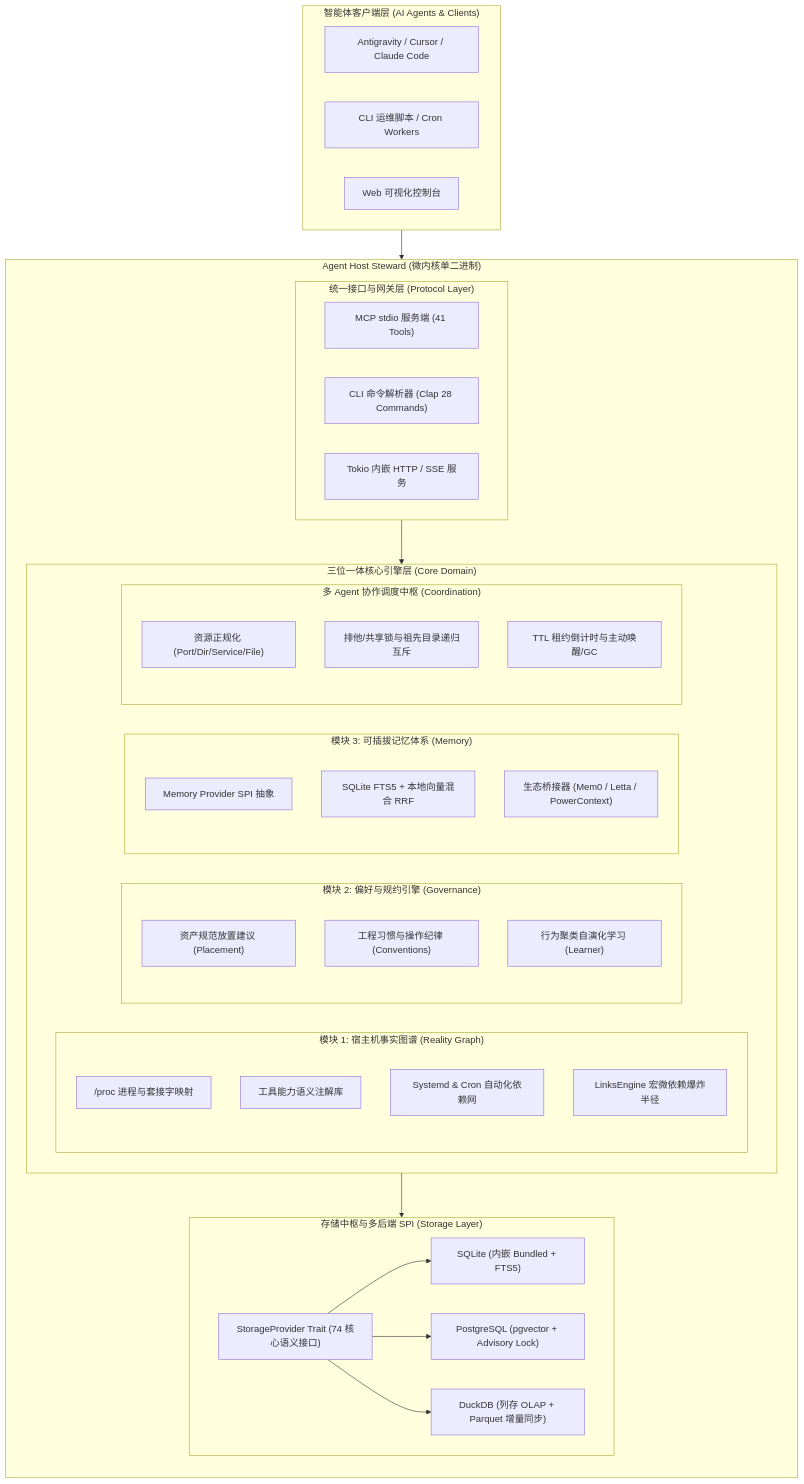
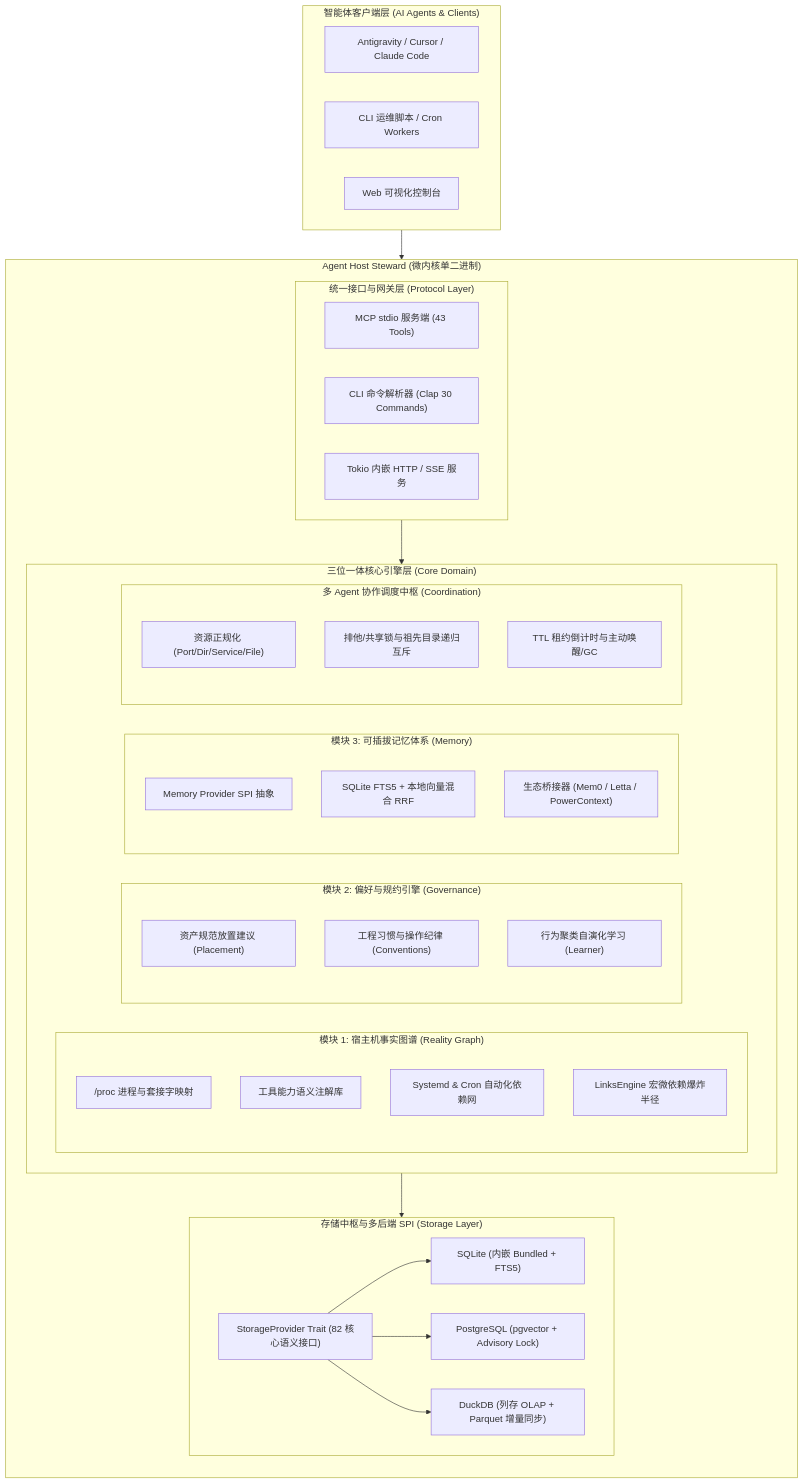
One commit to digoal/agent-body changed the first of 4 diagrams in arch/01-for-architects.md. Above: the diagram before and after it, drawn with Mermaid. The commit also changed other lines of this file and 82 other files, not shown here.

````diff
--- a/arch/01-for-architects.md
+++ b/arch/01-for-architects.md
@@ -40,59 +41,59 @@
 ```mermaid
 graph TD
     subgraph Clients["智能体客户端层 (AI Agents & Clients)"]
         A1["Antigravity / Cursor / Claude Code"]
         A2["CLI 运维脚本 / Cron Workers"]
         A3["Web 可视化控制台"]
     end
 
     subgraph Steward["Agent Host Steward (微内核单二进制)"]
         direction TB
         
         subgraph Protocols["统一接口与网关层 (Protocol Layer)"]
-            P1["MCP stdio 服务端 (41 Tools)"]
-            P2["CLI 命令解析器 (Clap 28 Commands)"]
+            P1["MCP stdio 服务端 (43 Tools)"]
+            P2["CLI 命令解析器 (Clap 30 Commands)"]
             P3["Tokio 内嵌 HTTP / SSE 服务"]
         end
 
         subgraph Core["三位一体核心引擎层 (Core Domain)"]
             subgraph M1["模块 1: 宿主机事实图谱 (Reality Graph)"]
                 F1["/proc 进程与套接字映射"]
                 F2["工具能力语义注解库"]
                 F3["Systemd & Cron 自动化依赖网"]
                 F4["LinksEngine 宏微依赖爆炸半径"]
             end
 
             subgraph M2["模块 2: 偏好与规约引擎 (Governance)"]
                 G1["资产规范放置建议 (Placement)"]
                 G2["工程习惯与操作纪律 (Conventions)"]
                 G3["行为聚类自演化学习 (Learner)"]
             end
 
             subgraph M3["模块 3: 可插拔记忆体系 (Memory)"]
                 Mem1["Memory Provider SPI 抽象"]
                 Mem2["SQLite FTS5 + 本地向量混合 RRF"]
                 Mem3["生态桥接器 (Mem0 / Letta / PowerContext)"]
             end
 
             subgraph Coordination["多 Agent 协作调度中枢 (Coordination)"]
                 C1["资源正规化 (Port/Dir/Service/File)"]
                 C2["排他/共享锁与祖先目录递归互斥"]
                 C3["TTL 租约倒计时与主动唤醒/GC"]
             end
         end
 
         subgraph StorageSPI["存储中枢与多后端 SPI (Storage Layer)"]
-            S_SPI["StorageProvider Trait (74 核心语义接口)"]
+            S_SPI["StorageProvider Trait (82 核心语义接口)"]
             S_SQLITE["SQLite (内嵌 Bundled + FTS5)"]
             S_PG["PostgreSQL (pgvector + Advisory Lock)"]
             S_DUCK["DuckDB (列存 OLAP + Parquet 增量同步)"]
         end
     end
 
     Clients --> Protocols
     Protocols --> Core
     Core --> StorageSPI
     S_SPI --> S_SQLITE
     S_SPI --> S_PG
     S_SPI --> S_DUCK
 ```
````
